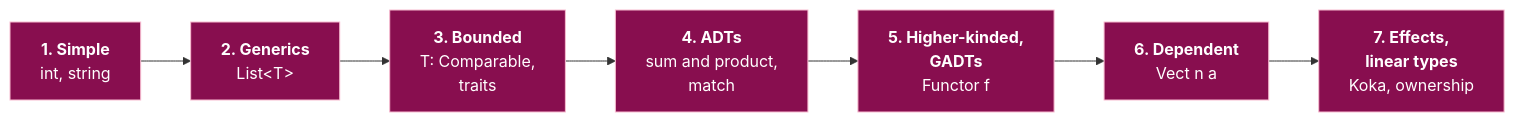
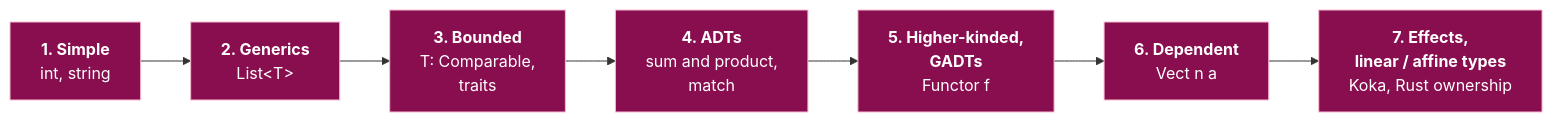
Before and after one commit to akardapolov/software-atlas: the sixth of 8 diagrams in docs/maps/paradigms-map.md, drawn with Mermaid. The commit also changed other lines of this file, not shown here.

````diff
--- a/docs/maps/paradigms-map.md
+++ b/docs/maps/paradigms-map.md
@@ -841,12 +852,12 @@
 ```mermaid
 flowchart LR
     S1["<b>1. Simple</b><br/>int, string"] --> S2["<b>2. Generics</b><br/>List&lt;T&gt;"]
     S2 --> S3["<b>3. Bounded</b><br/>T: Comparable,<br/>traits"]
     S3 --> S4["<b>4. ADTs</b><br/>sum and product,<br/>match"]
     S4 --> S5["<b>5. Higher-kinded,<br/>GADTs</b><br/>Functor f"]
     S5 --> S6["<b>6. Dependent</b><br/>Vect n a"]
-    S6 --> S7["<b>7. Effects,<br/>linear types</b><br/>Koka, ownership"]
+    S6 --> S7["<b>7. Effects,<br/>linear / affine types</b><br/>Koka, Rust ownership"]
 
     classDef s fill:#880e4f,color:#fff,stroke:#f8bbd0
     class S1,S2,S3,S4,S5,S6,S7 s
 ```
````
